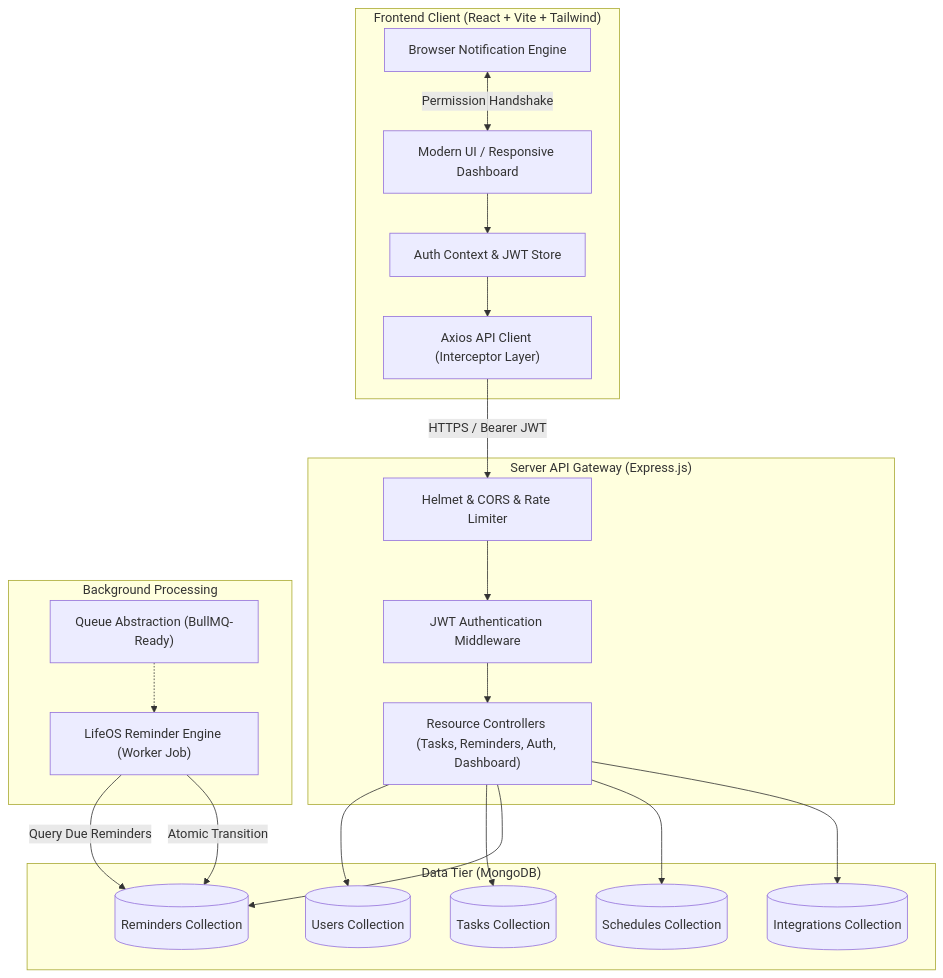
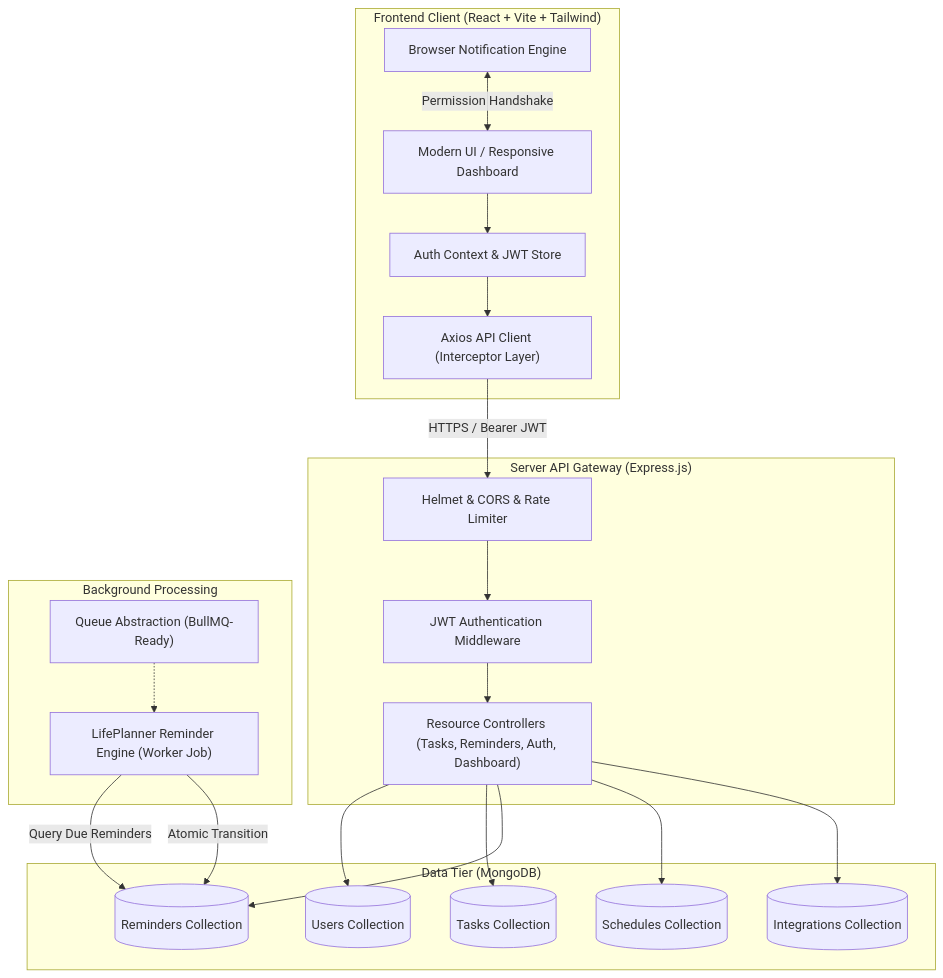
The first of 2 diagrams in docs/architecture.md (Ganesh-Aroda-C/LifePlanner), drawn with Mermaid before and after one commit. The commit also changed other lines of this file and 32 other files, not shown here.

Commit message:
refactor: rename LifeOS to LifePlanner across entire project

````diff
--- a/docs/architecture.md
+++ b/docs/architecture.md
@@ -9,45 +9,45 @@
 ```mermaid
 flowchart TD
     subgraph Client["Frontend Client (React + Vite + Tailwind)"]
         UI["Modern UI / Responsive Dashboard"]
         AuthContext["Auth Context & JWT Store"]
         APIClient["Axios API Client (Interceptor Layer)"]
         BrowserNotifs["Browser Notification Engine"]
     end
 
     subgraph Gateway["Server API Gateway (Express.js)"]
         Security["Helmet & CORS & Rate Limiter"]
         AuthMiddleware["JWT Authentication Middleware"]
         Controllers["Resource Controllers (Tasks, Reminders, Auth, Dashboard)"]
     end
 
     subgraph Engine["Background Processing"]
-        ReminderWorker["LifeOS Reminder Engine (Worker Job)"]
+        ReminderWorker["LifePlanner Reminder Engine (Worker Job)"]
         QueueInterface["Queue Abstraction (BullMQ-Ready)"]
     end
 
     subgraph Storage["Data Tier (MongoDB)"]
         UsersCol[("Users Collection")]
         TasksCol[("Tasks Collection")]
         RemindersCol[("Reminders Collection")]
         SchedulesCol[("Schedules Collection")]
         IntegrationsCol[("Integrations Collection")]
     end
 
     UI --> AuthContext
     AuthContext --> APIClient
     APIClient -->|HTTPS / Bearer JWT| Security
     Security --> AuthMiddleware
     AuthMiddleware --> Controllers
 
     Controllers --> UsersCol
     Controllers --> TasksCol
     Controllers --> RemindersCol
     Controllers --> SchedulesCol
     Controllers --> IntegrationsCol
 
     ReminderWorker -->|Query Due Reminders| RemindersCol
     ReminderWorker -->|Atomic Transition| RemindersCol
     QueueInterface -.-> ReminderWorker
     BrowserNotifs <-->|Permission Handshake| UI
 ```
````
